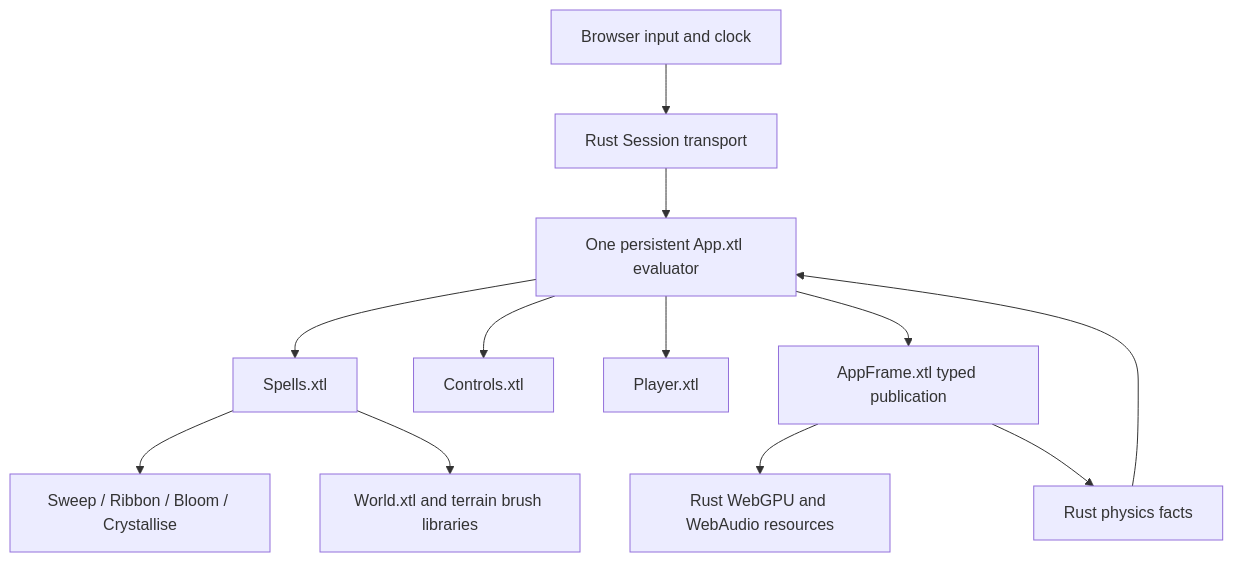
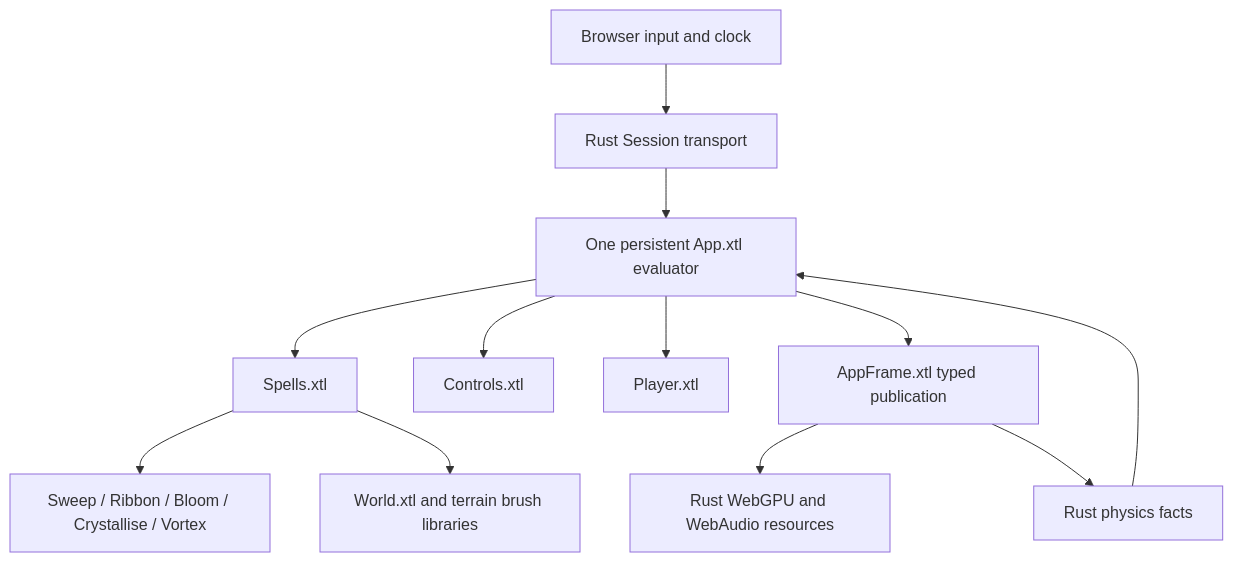
Before and after one commit to softwarewrighter/snowflow_demo-fork: the diagram in docs/source-connections.md, drawn with Mermaid. The commit also changed other lines of this file and 20 other files, not shown here.

````diff
--- a/docs/source-connections.md
+++ b/docs/source-connections.md
@@ -7,14 +7,14 @@
 ```mermaid
 flowchart TD
   Input[Browser input and clock] --> Host[Rust Session transport]
   Host --> App[One persistent App.xtl evaluator]
   App --> Spells[Spells.xtl]
   App --> Controls[Controls.xtl]
   App --> Player[Player.xtl]
-  Spells --> Libraries[Sweep / Ribbon / Bloom / Crystallise]
+  Spells --> Libraries[Sweep / Ribbon / Bloom / Crystallise / Vortex]
   Spells --> World[World.xtl and terrain brush libraries]
   App --> Frame[AppFrame.xtl typed publication]
   Frame --> GPU[Rust WebGPU and WebAudio resources]
   Frame --> Query[Rust physics facts]
   Query --> App
 ```
````
